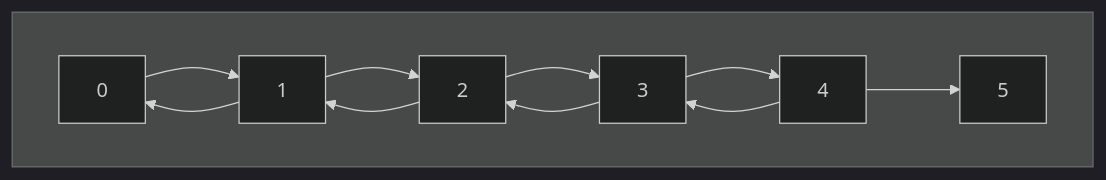
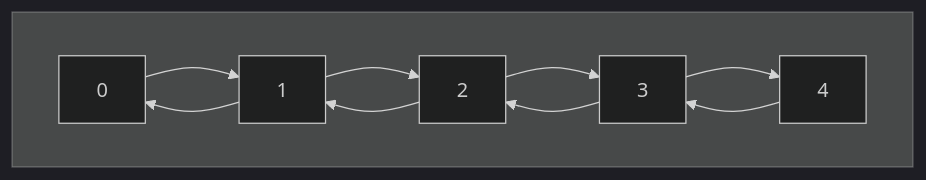
The first of 2 diagrams in README.md (alkasher/Fibonacci_Heap), drawn with Mermaid (dark theme) before and after one commit. The commit also changed other lines of this file, not shown here.

````diff
--- a/README.md
+++ b/README.md
@@ -25,16 +25,15 @@
 ```mermaid
 flowchart TD
 
 subgraph Z[" "]
 direction LR
     0-->1
     1-->0
     1-->2
     2-->1
     2-->3
     3-->2
     3-->4
     4-->3
-    4-->5
 end
 ```
````
